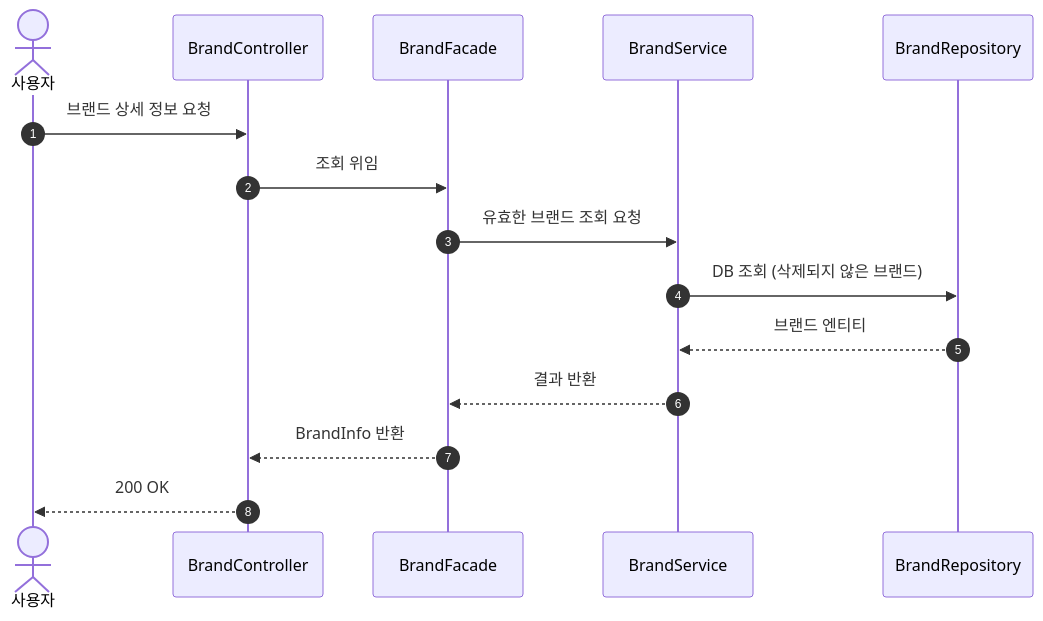
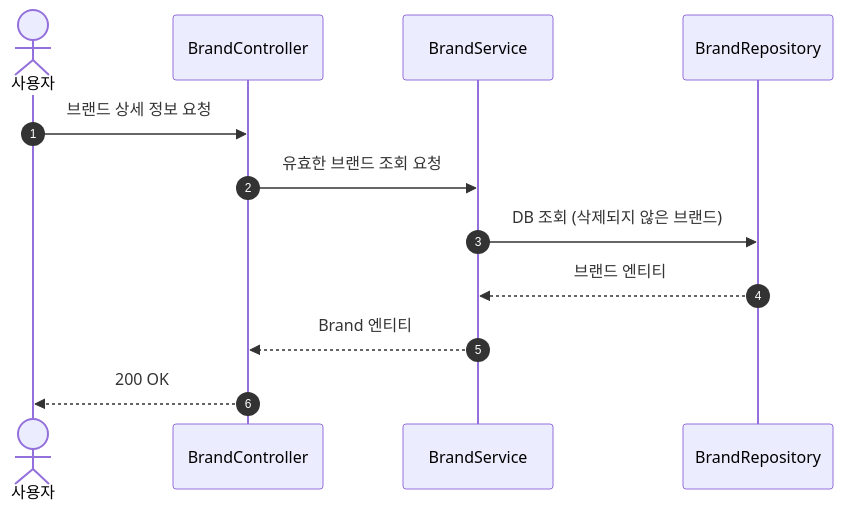
One commit to Loopers-dev-lab/loop-pack-be-l2-vol3-kotlin changed the first of 21 diagrams in docs/design-v2/02-sequence-diagrams-v2.md. Above: the diagram before and after it, drawn with Mermaid. The commit also changed other lines of this file and 6 other files, not shown here.

First line of the commit message:
docs: v2 설계 문서 2차 리뷰 반영 — 6건 이슈 해소, 플로우차트·마인드맵 추가

````diff
--- a/docs/design-v2/02-sequence-diagrams-v2.md
+++ b/docs/design-v2/02-sequence-diagrams-v2.md
@@ -29,17 +29,14 @@
 ```mermaid
 sequenceDiagram
     autonumber
     actor User as 사용자
     participant C as BrandController
-    participant F as BrandFacade
     participant S as BrandService
     participant R as BrandRepository
     User ->> C: 브랜드 상세 정보 요청
-    C ->> F: 조회 위임
-    F ->> S: 유효한 브랜드 조회 요청
+    C ->> S: 유효한 브랜드 조회 요청
     S ->> R: DB 조회 (삭제되지 않은 브랜드)
     R -->> S: 브랜드 엔티티
-    S -->> F: 결과 반환
-    F -->> C: BrandInfo 반환
+    S -->> C: Brand 엔티티
     C -->> User: 200 OK
 ```
````
